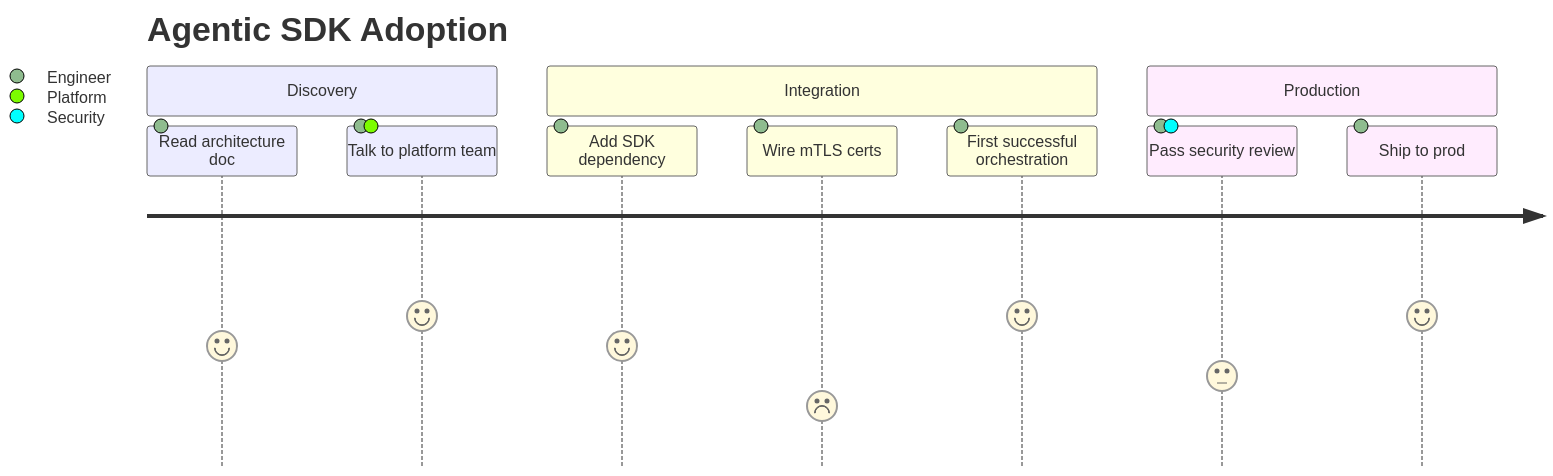
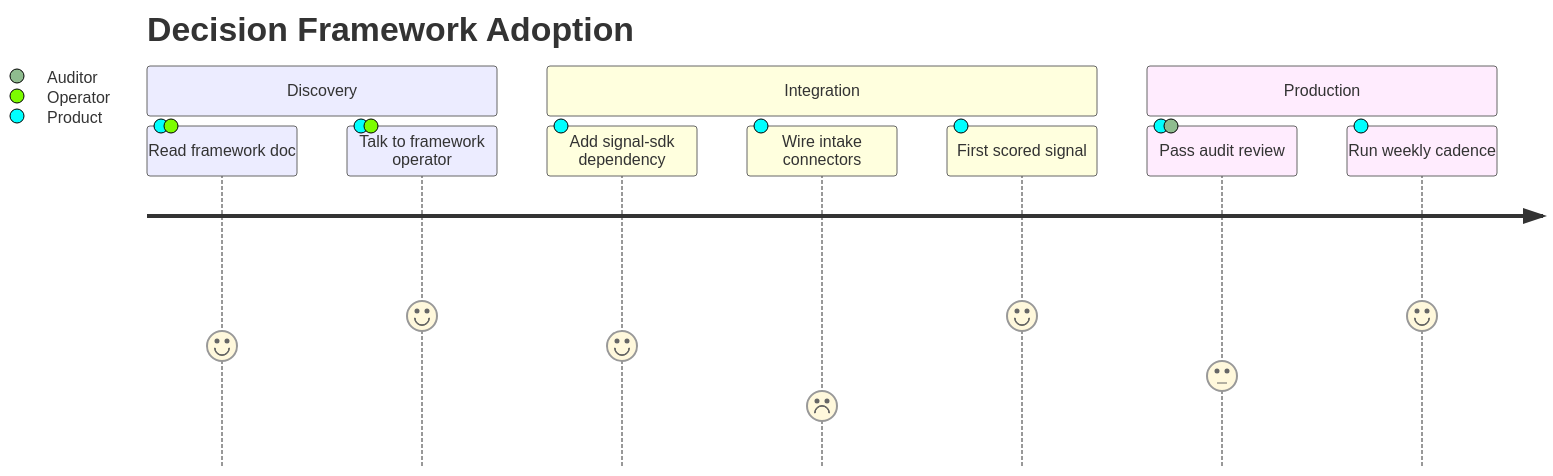
One commit to SlideWright/lattice changed the sixth of 25 diagrams in lib/components/diagram/diagram/diagram.gallery.md. Above: the diagram before and after it, drawn with Mermaid. The commit also changed other lines of this file and 81 other files, not shown here.

````diff
--- a/lib/components/diagram/diagram/diagram.gallery.md
+++ b/lib/components/diagram/diagram/diagram.gallery.md
@@ -201,14 +201,14 @@
 ```mermaid
 journey
-  title Agentic SDK Adoption
+  title Decision Framework Adoption
   section Discovery
-    Read architecture doc: 4: Engineer
-    Talk to platform team: 5: Engineer, Platform
+    Read framework doc: 4: Product, Operator
+    Talk to framework operator: 5: Product, Operator
   section Integration
-    Add SDK dependency: 4: Engineer
-    Wire mTLS certs: 2: Engineer
-    First successful orchestration: 5: Engineer
+    Add signal-sdk dependency: 4: Product
+    Wire intake connectors: 2: Product
+    First scored signal: 5: Product
   section Production
-    Pass security review: 3: Engineer, Security
-    Ship to prod: 5: Engineer
+    Pass audit review: 3: Product, Auditor
+    Run weekly cadence: 5: Product
 ```
````
